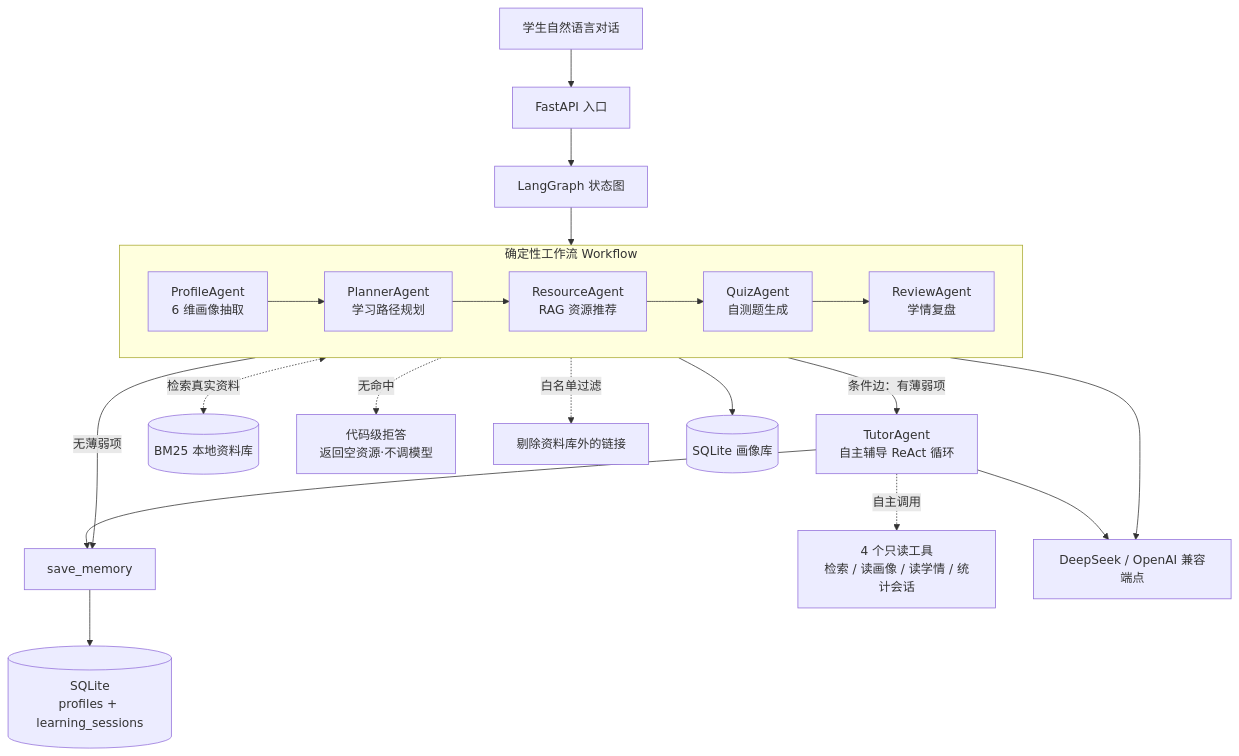
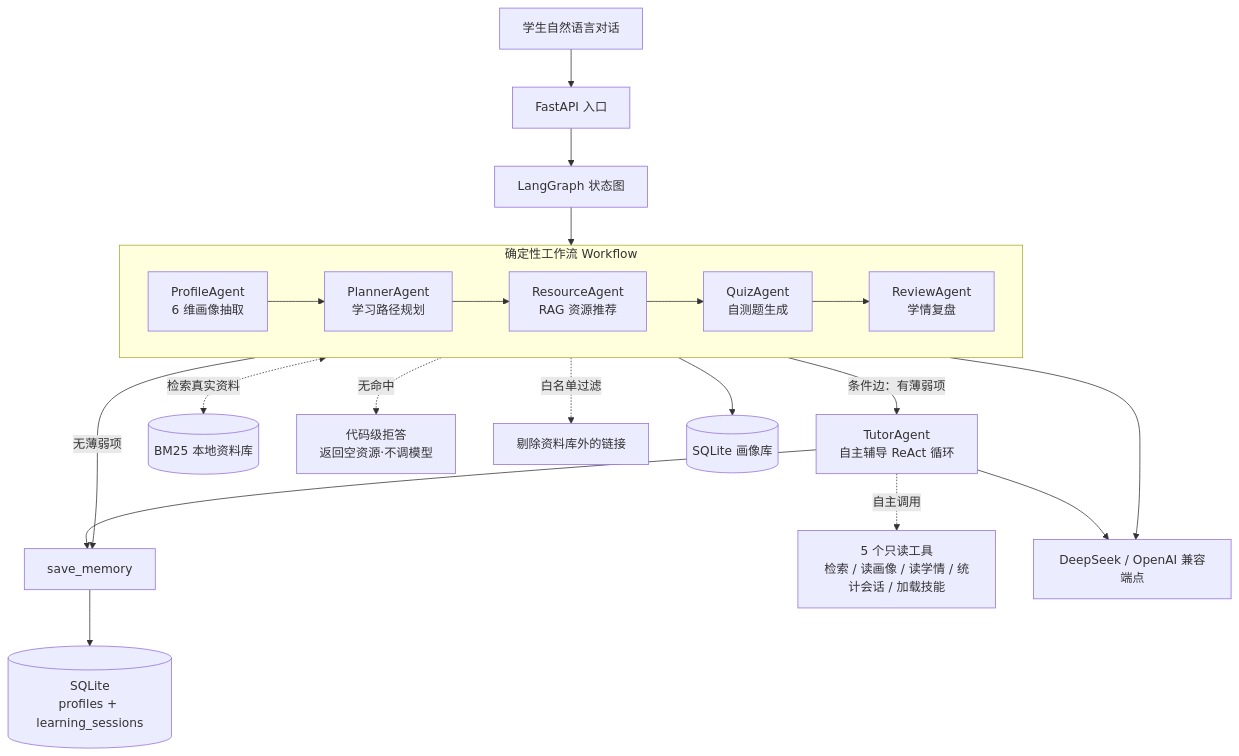
One commit to Dongnb66/python-learning-agent changed the diagram in README.md. Above: the diagram before and after it, drawn with Mermaid. The commit also changed other lines of this file and 8 other files, not shown here.

````diff
--- a/README.md
+++ b/README.md
@@ -52,24 +58,24 @@
 ```mermaid
 flowchart TD
     User[学生自然语言对话] --> API[FastAPI 入口]
     API --> SG[LangGraph 状态图]
     subgraph WF[确定性工作流 Workflow]
         direction LR
         A[ProfileAgent<br/>6 维画像抽取] --> B[PlannerAgent<br/>学习路径规划]
         B --> C[ResourceAgent<br/>RAG 资源推荐]
         C --> D[QuizAgent<br/>自测题生成]
         D --> E[ReviewAgent<br/>学情复盘]
     end
     SG --> WF
     E -->|条件边：有薄弱项| T[TutorAgent<br/>自主辅导 ReAct 循环]
     E -->|无薄弱项| SM[save_memory]
-    T -.自主调用.-> TOOLS[4 个只读工具<br/>检索 / 读画像 / 读学情 / 统计会话]
+    T -.自主调用.-> TOOLS[5 个只读工具<br/>检索 / 读画像 / 读学情 / 统计会话 / 加载技能]
     T --> SM
     SM --> DB2[(SQLite<br/>profiles + learning_sessions)]
     C <-.检索真实资料.-> KB[(BM25 本地资料库)]
     C -.无命中.-> RC[代码级拒答<br/>返回空资源·不调模型]
     C -.白名单过滤.-> WL[剔除资料库外的链接]
     A --> DB[(SQLite 画像库)]
     WF --> LLM[DeepSeek / OpenAI 兼容端点]
     T --> LLM
 ```
````
